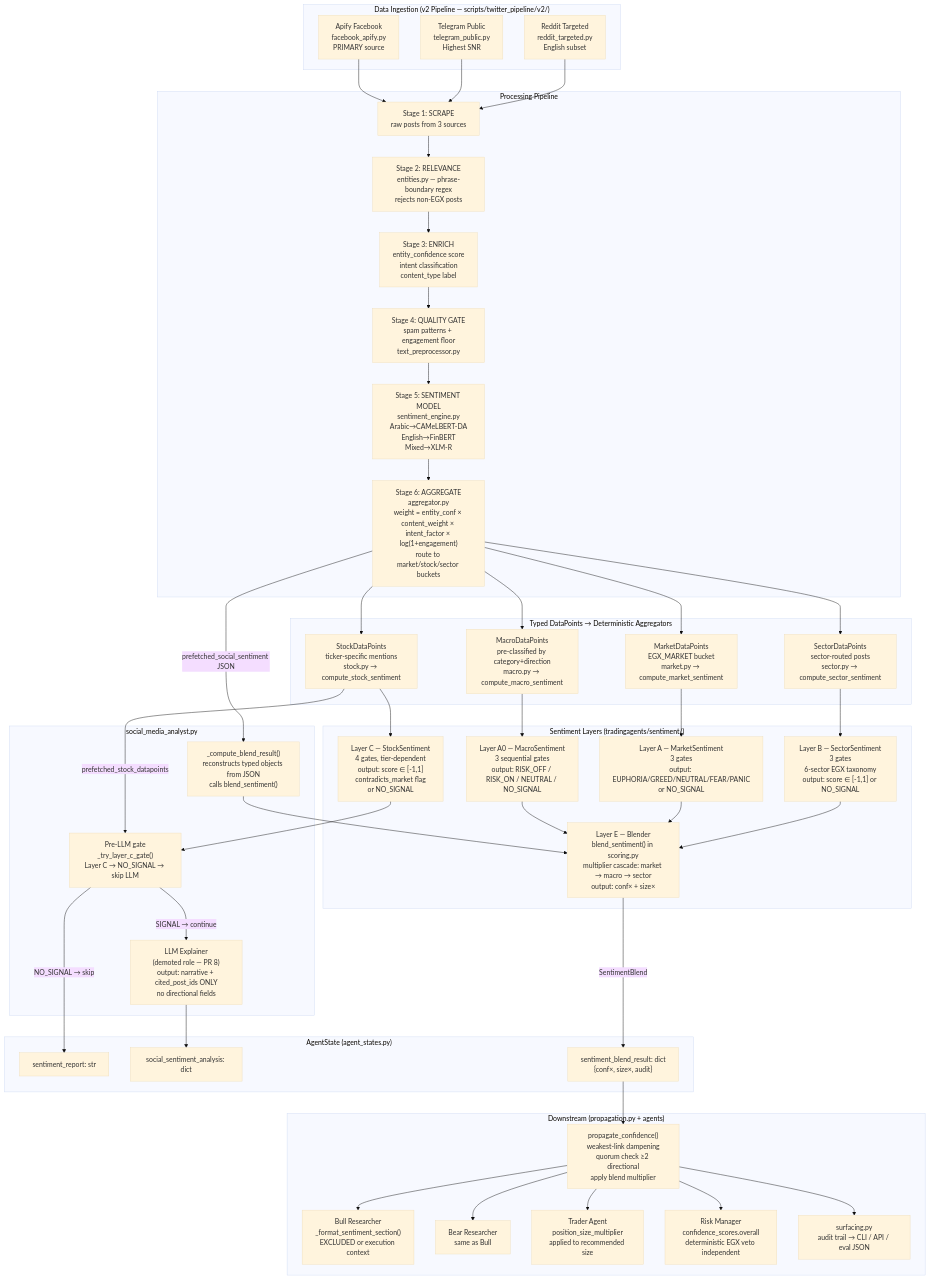
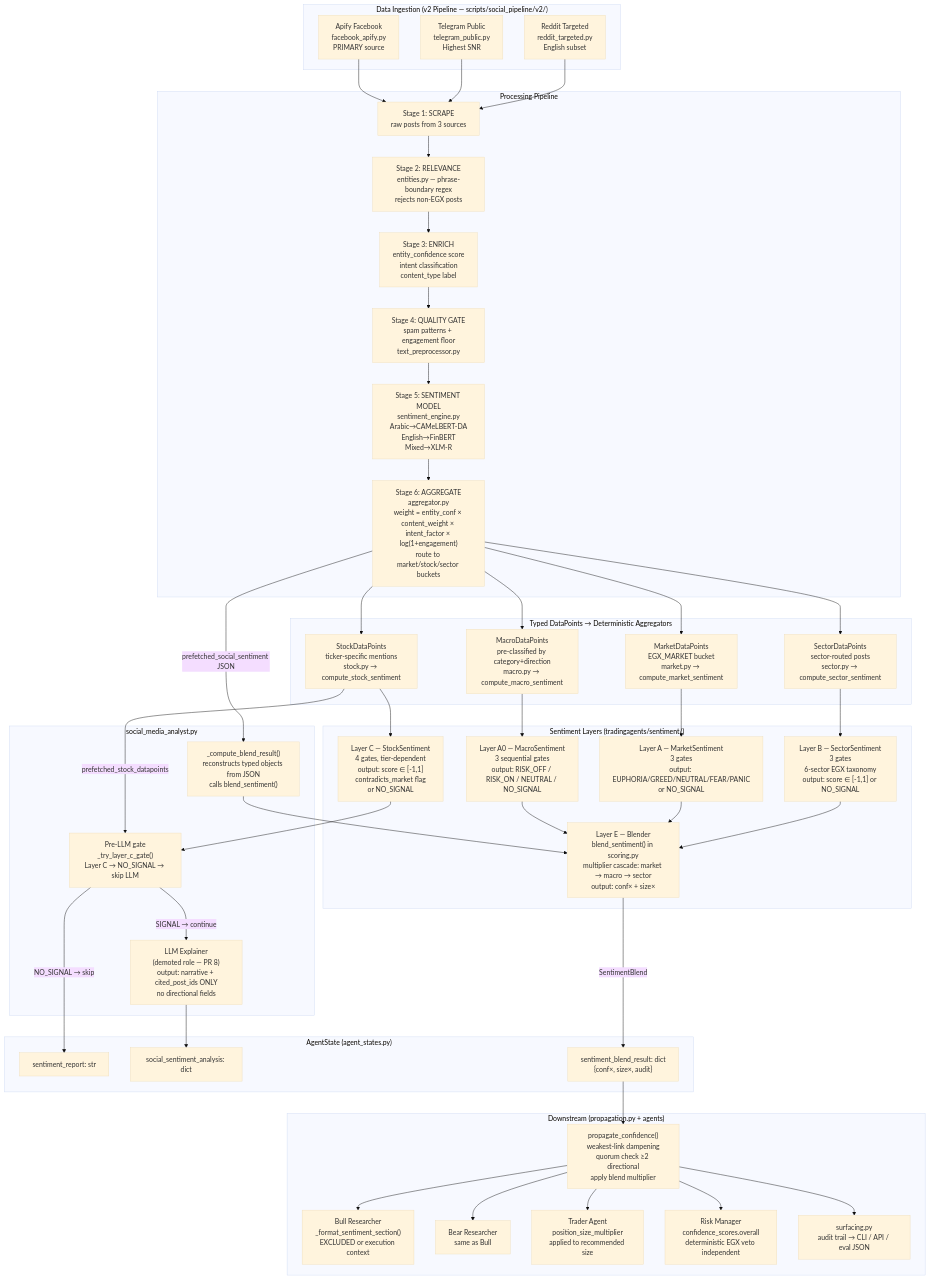
Before and after one commit to AhmedAdel-17/Graduation-Project: the first of 5 diagrams in agent_docs/sentiment_architecture.md, drawn with Mermaid (base theme). The commit also changed other lines of this file and 22 other files, not shown here.

First line of the commit message:
Rename: twitter_pipeline -> social_pipeline, fix typo aggresive -> aggressive

````diff
--- a/agent_docs/sentiment_architecture.md
+++ b/agent_docs/sentiment_architecture.md
@@ -143,74 +143,74 @@
 ```mermaid
 graph TD
-    subgraph INGESTION["Data Ingestion (v2 Pipeline — scripts/twitter_pipeline/v2/)"]
+    subgraph INGESTION["Data Ingestion (v2 Pipeline — scripts/social_pipeline/v2/)"]
         FB["Apify Facebook\nfacebook_apify.py\nPRIMARY source"]
         TG["Telegram Public\ntelegram_public.py\nHighest SNR"]
         RD["Reddit Targeted\nreddit_targeted.py\nEnglish subset"]
     end
 
     subgraph PROC["Processing Pipeline"]
         SCRAPE["Stage 1: SCRAPE\nraw posts from 3 sources"]
         REL["Stage 2: RELEVANCE\nentities.py — phrase-boundary regex\nrejects non-EGX posts"]
         ENRICH["Stage 3: ENRICH\nentity_confidence score\nintent classification\ncontent_type label"]
         QUAL["Stage 4: QUALITY GATE\nspam patterns + engagement floor\ntext_preprocessor.py"]
         SENT["Stage 5: SENTIMENT MODEL\nsentiment_engine.py\nArabic→CAMeLBERT-DA\nEnglish→FinBERT\nMixed→XLM-R"]
         AGG["Stage 6: AGGREGATE\naggregator.py\nweight = entity_conf × content_weight × intent_factor × log(1+engagement)\nroute to market/stock/sector buckets"]
     end
 
     subgraph DATAPOINTS["Typed DataPoints → Deterministic Aggregators"]
         MDPT["MacroDataPoints\npre-classified by category+direction\nmacro.py → compute_macro_sentiment"]
         MKTDPT["MarketDataPoints\nEGX_MARKET bucket\nmarket.py → compute_market_sentiment"]
         SECDPT["SectorDataPoints\nsector-routed posts\nsector.py → compute_sector_sentiment"]
         STODPT["StockDataPoints\nticker-specific mentions\nstock.py → compute_stock_sentiment"]
     end
 
     subgraph LAYERS["Sentiment Layers (tradingagents/sentiment/)"]
         A0["Layer A0 — MacroSentiment\n3 sequential gates\noutput: RISK_OFF / RISK_ON / NEUTRAL / NO_SIGNAL"]
         A["Layer A — MarketSentiment\n3 gates\noutput: EUPHORIA/GREED/NEUTRAL/FEAR/PANIC\nor NO_SIGNAL"]
         B["Layer B — SectorSentiment\n3 gates\n6-sector EGX taxonomy\noutput: score ∈ [-1,1] or NO_SIGNAL"]
         C["Layer C — StockSentiment\n4 gates, tier-dependent\noutput: score ∈ [-1,1]\ncontradicts_market flag\nor NO_SIGNAL"]
         E["Layer E — Blender\nblend_sentiment() in scoring.py\nmultiplier cascade: market → macro → sector\noutput: conf× + size×"]
     end
 
     subgraph AGENT["social_media_analyst.py"]
         PREGATE["Pre-LLM gate\n_try_layer_c_gate()\nLayer C → NO_SIGNAL → skip LLM"]
         LLM["LLM Explainer\n(demoted role — PR 8)\noutput: narrative + cited_post_ids ONLY\nno directional fields"]
         BLEND["_compute_blend_result()\nreconstructs typed objects from JSON\ncalls blend_sentiment()"]
     end
 
     subgraph STATE["AgentState (agent_states.py)"]
         SR["sentiment_report: str"]
         SA["social_sentiment_analysis: dict"]
         SBR["sentiment_blend_result: dict\n{conf×, size×, audit}"]
     end
 
     subgraph PROPAGATION["Downstream (propagation.py + agents)"]
         PROP["propagate_confidence()\nweakest-link dampening\nquorum check ≥2 directional\napply blend multiplier"]
         BULL["Bull Researcher\n_format_sentiment_section()\nEXCLUDED or execution context"]
         BEAR["Bear Researcher\nsame as Bull"]
         TRADER["Trader Agent\nposition_size_multiplier\napplied to recommended size"]
         RISK["Risk Manager\nconfidence_scores.overall\ndeterministic EGX veto independent"]
         SURF["surfacing.py\naudit trail → CLI / API / eval JSON"]
     end
 
     FB --> SCRAPE
     TG --> SCRAPE
     RD --> SCRAPE
     SCRAPE --> REL --> ENRICH --> QUAL --> SENT --> AGG
     AGG --> MDPT & MKTDPT & SECDPT & STODPT
     MDPT --> A0
     MKTDPT --> A
     SECDPT --> B
     STODPT --> C
     STODPT -->|prefetched_stock_datapoints| PREGATE
     A0 & A & B --> E
     C --> PREGATE
     PREGATE -->|NO_SIGNAL → skip| SR
     PREGATE -->|SIGNAL → continue| LLM
     LLM --> SA
     AGG -->|prefetched_social_sentiment JSON| BLEND
     BLEND --> E
     E -->|SentimentBlend| SBR
     SBR --> PROP
     PROP --> BULL & BEAR & TRADER & RISK & SURF
 ```
````
